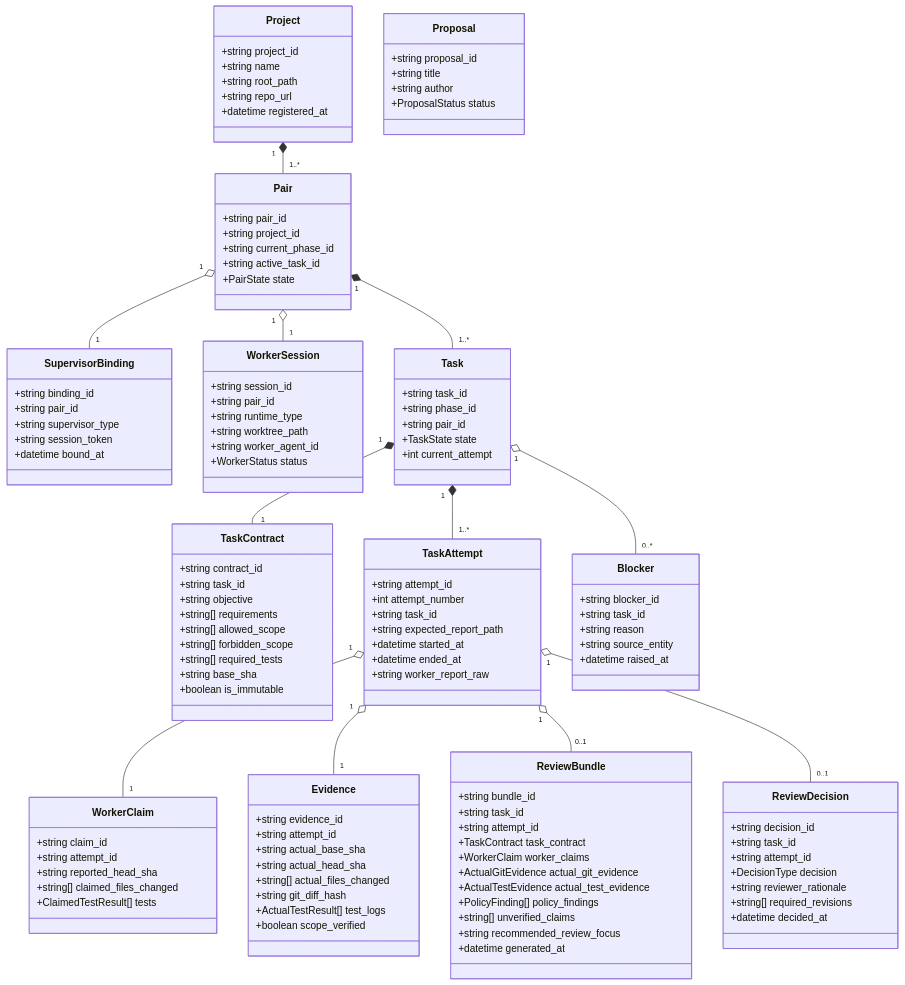
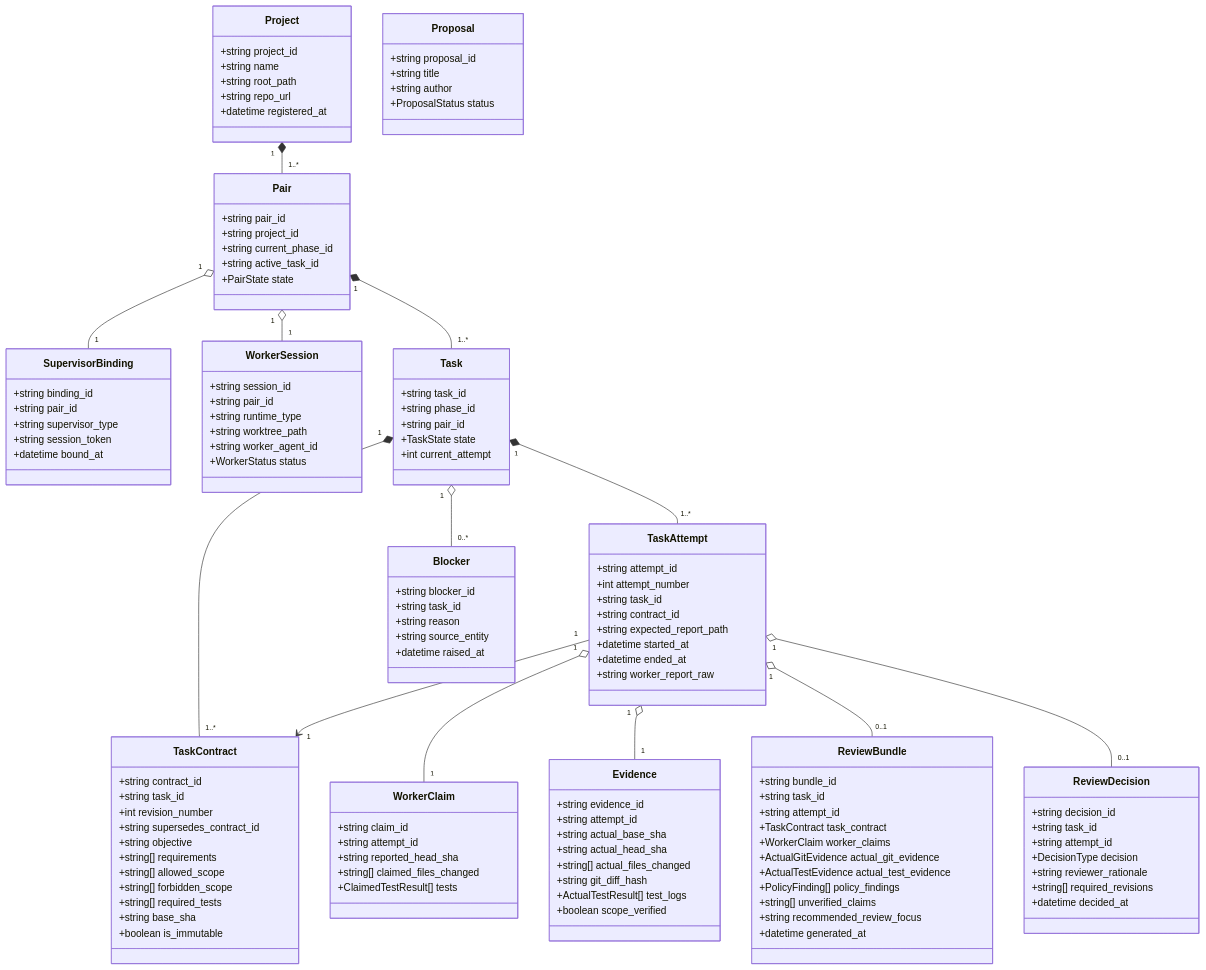
Before and after one commit to trungqwe/ai-supervisor: the diagram in docs/05_DOMAIN_MODEL.md, drawn with Mermaid. The commit also changed other lines of this file and 27 other files, not shown here.

Commit message:
docs: reconcile post-freeze architecture and issue v2.1 baseline

```diff
--- a/docs/05_DOMAIN_MODEL.md
+++ b/docs/05_DOMAIN_MODEL.md
@@ -53,6 +53,8 @@
     class TaskContract {
         +string contract_id
         +string task_id
+        +int revision_number
+        +string supersedes_contract_id
         +string objective
         +string[] requirements
         +string[] allowed_scope
@@ -66,6 +68,7 @@
         +string attempt_id
         +int attempt_number
         +string task_id
+        +string contract_id
         +string expected_report_path
         +datetime started_at
         +datetime ended_at
@@ -134,8 +137,9 @@
     Pair "1" o-- "1" SupervisorBinding
     Pair "1" o-- "1" WorkerSession
     Pair "1" *-- "1..*" Task
-    Task "1" *-- "1" TaskContract
+    Task "1" *-- "1..*" TaskContract
     Task "1" *-- "1..*" TaskAttempt
+    TaskAttempt "1" --> "1" TaskContract
     TaskAttempt "1" o-- "1" WorkerClaim
     TaskAttempt "1" o-- "1" Evidence
     TaskAttempt "1" o-- "0..1" ReviewBundle
```
